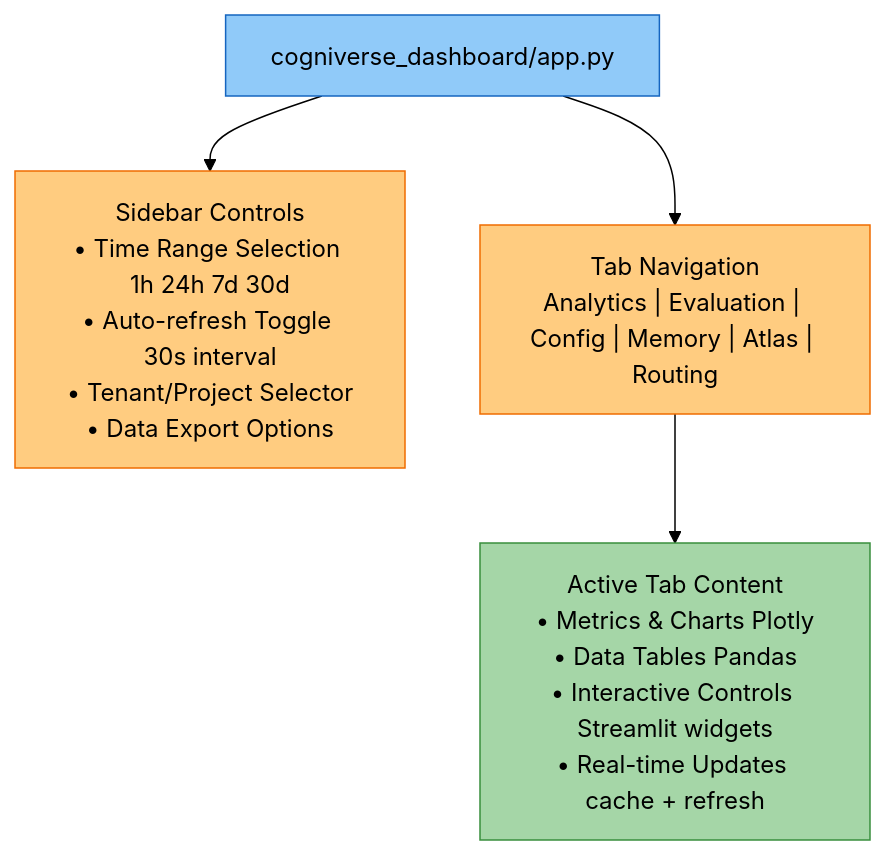
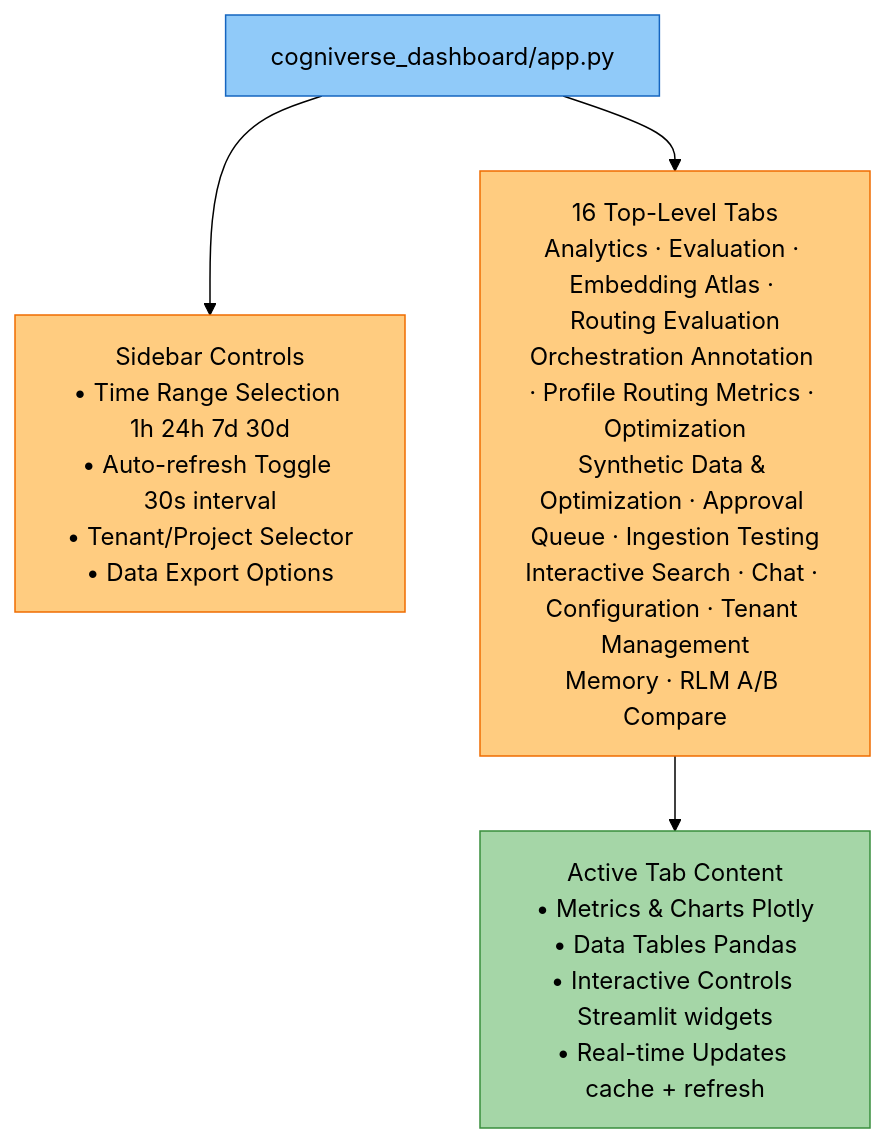
The first of 3 diagrams in docs/development/ui-dashboard.md (amit-jain/cogniverse), drawn with Mermaid (forest theme) before and after one commit. The commit also changed other lines of this file and 50 other files, not shown here.

First line of the commit message:
Complete and verify docs against code with mermaid palette

````diff
--- a/docs/development/ui-dashboard.md
+++ b/docs/development/ui-dashboard.md
@@ -73,19 +90,19 @@
 ```mermaid
 flowchart TB
     Dashboard["<span style='color:#000'>cogniverse_dashboard/app.py</span>"]
 
     Sidebar["<span style='color:#000'>Sidebar Controls<br/>• Time Range Selection 1h 24h 7d 30d<br/>• Auto-refresh Toggle 30s interval<br/>• Tenant/Project Selector<br/>• Data Export Options</span>"]
 
-    Tabs["<span style='color:#000'>Tab Navigation<br/>Analytics | Evaluation | Config | Memory | Atlas | Routing</span>"]
+    Tabs["<span style='color:#000'>16 Top-Level Tabs<br/>Analytics · Evaluation · Embedding Atlas · Routing Evaluation<br/>Orchestration Annotation · Profile Routing Metrics · Optimization<br/>Synthetic Data & Optimization · Approval Queue · Ingestion Testing<br/>Interactive Search · Chat · Configuration · Tenant Management<br/>Memory · RLM A/B Compare</span>"]
 
     Content["<span style='color:#000'>Active Tab Content<br/>• Metrics & Charts Plotly<br/>• Data Tables Pandas<br/>• Interactive Controls Streamlit widgets<br/>• Real-time Updates cache + refresh</span>"]
 
     Dashboard --> Sidebar
     Dashboard --> Tabs
     Tabs --> Content
 
     style Dashboard fill:#90caf9,stroke:#1565c0,color:#000
     style Sidebar fill:#ffcc80,stroke:#ef6c00,color:#000
     style Tabs fill:#ffcc80,stroke:#ef6c00,color:#000
     style Content fill:#a5d6a7,stroke:#388e3c,color:#000
 ```
````
